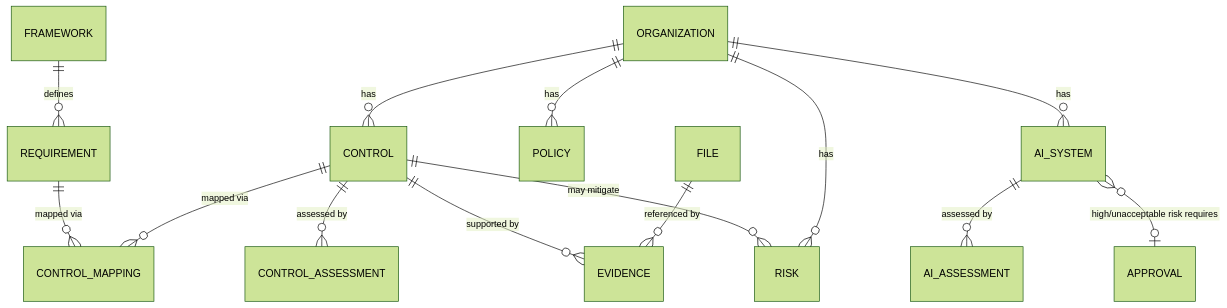
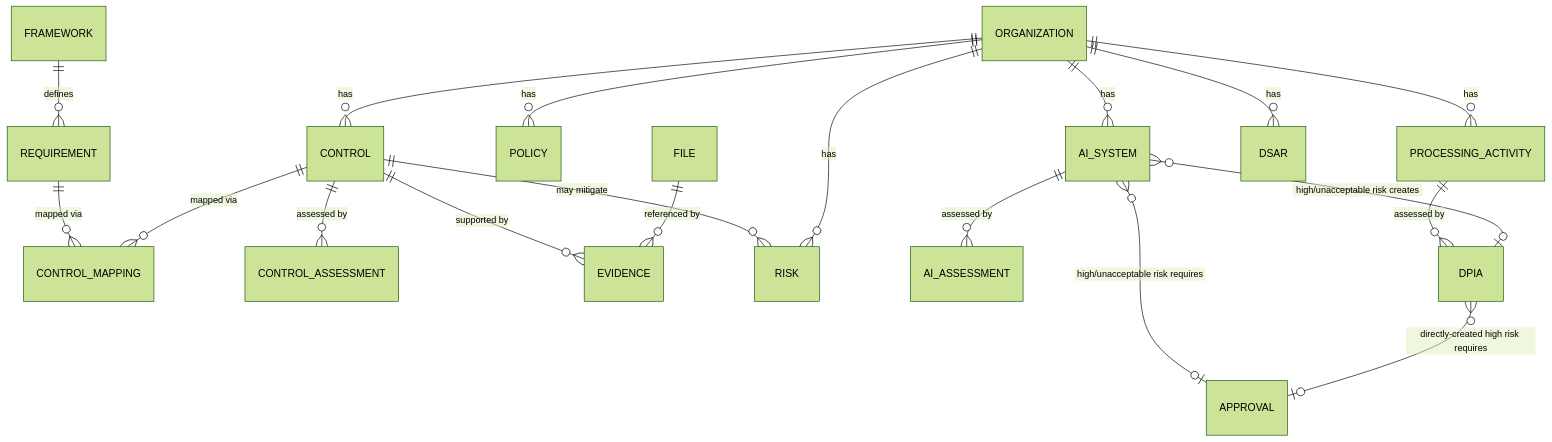
One commit to rabbit285/agora-os changed the second of 7 diagrams in docs/DOMAIN_MODEL.md. Above: the diagram before and after it, drawn with Mermaid (forest theme). The commit also changed other lines of this file and 22 other files, not shown here.

First line of the commit message:
Add Privacy sub-features to Compliance: RoPA, DPIA, DSAR (GDPR Art. 30/35/15-20)

````diff
--- a/docs/DOMAIN_MODEL.md
+++ b/docs/DOMAIN_MODEL.md
@@ -95,16 +95,21 @@
 ```mermaid
 erDiagram
   FRAMEWORK ||--o{ REQUIREMENT : defines
   REQUIREMENT ||--o{ CONTROL_MAPPING : "mapped via"
   CONTROL ||--o{ CONTROL_MAPPING : "mapped via"
   CONTROL ||--o{ CONTROL_ASSESSMENT : "assessed by"
   CONTROL ||--o{ EVIDENCE : "supported by"
   CONTROL ||--o{ RISK : "may mitigate"
   ORGANIZATION ||--o{ CONTROL : has
   ORGANIZATION ||--o{ RISK : has
   ORGANIZATION ||--o{ POLICY : has
   FILE ||--o{ EVIDENCE : "referenced by"
   ORGANIZATION ||--o{ AI_SYSTEM : has
   AI_SYSTEM ||--o{ AI_ASSESSMENT : "assessed by"
   AI_SYSTEM }o--o| APPROVAL : "high/unacceptable risk requires"
+  ORGANIZATION ||--o{ PROCESSING_ACTIVITY : has
+  ORGANIZATION ||--o{ DSAR : has
+  PROCESSING_ACTIVITY ||--o{ DPIA : "assessed by"
+  AI_SYSTEM }o--o| DPIA : "high/unacceptable risk creates"
+  DPIA }o--o| APPROVAL : "directly-created high risk requires"
 ```
````
